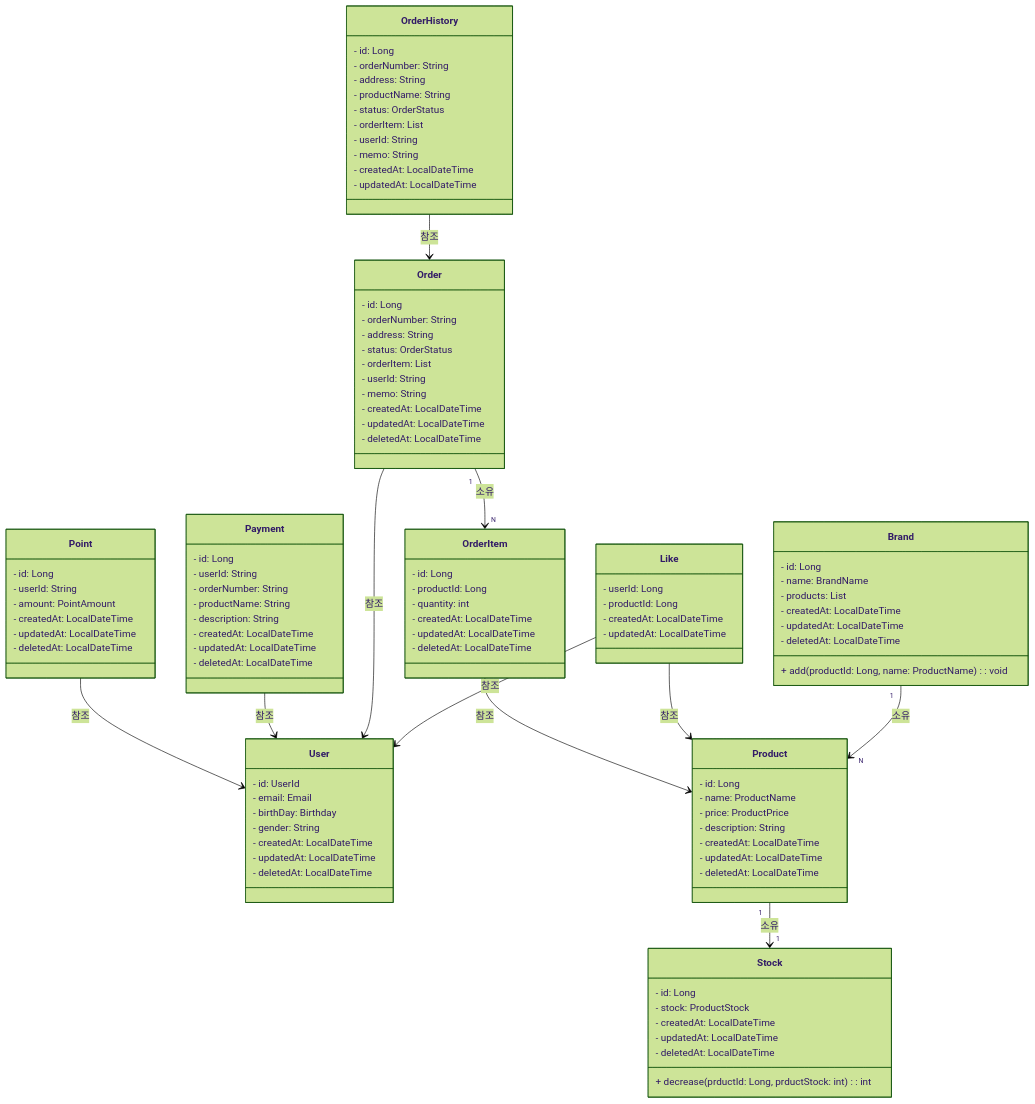
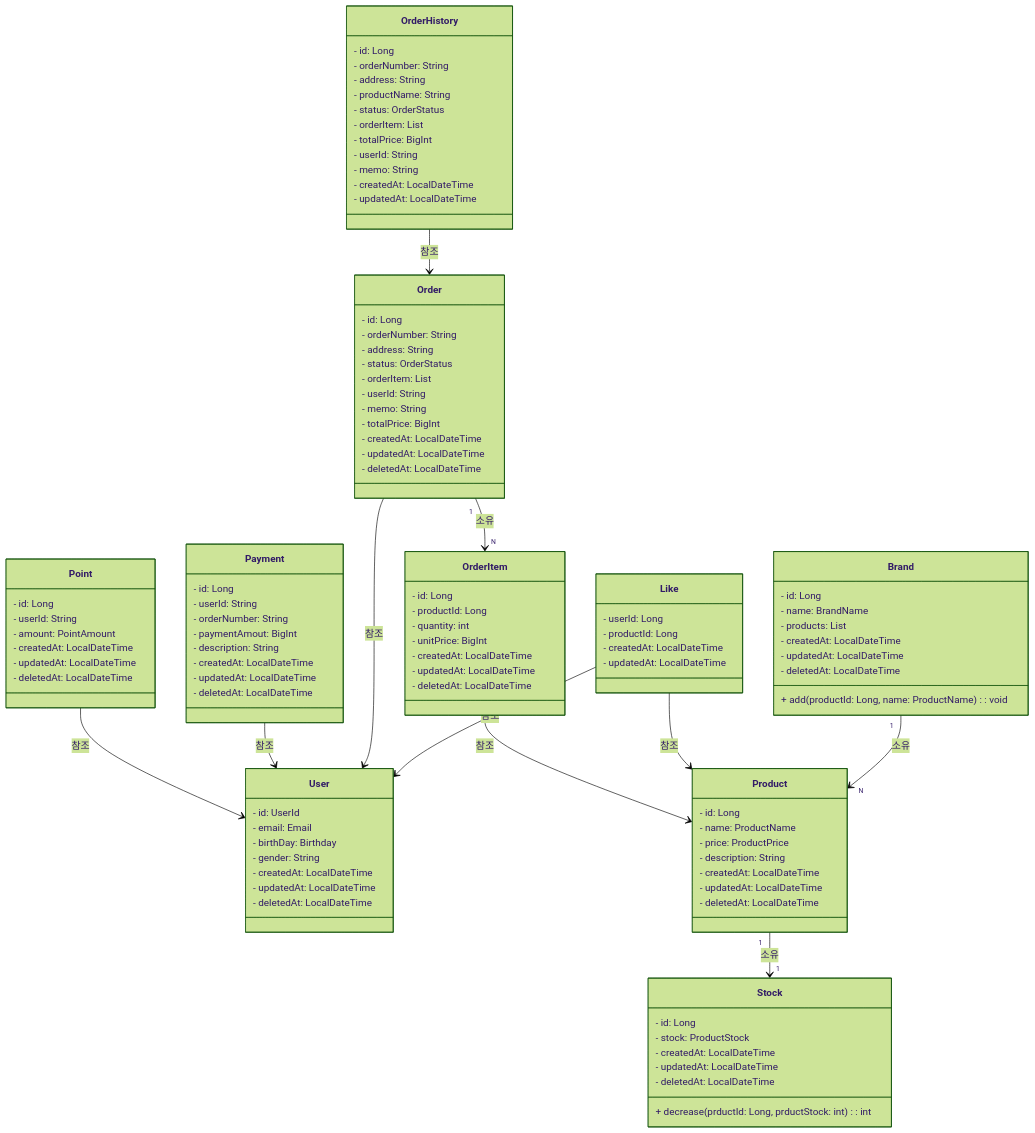
The diagram in apps/commerce-api/docs/desigin/03-class-diagrams.md (Roopers-Team-6/younghun), drawn with Mermaid (forest theme) before and after one commit.

Commit message:
doc: 클래스 다이어그램 작성 - 금액 관련 칼럼 추가

```diff
--- a/apps/commerce-api/docs/desigin/03-class-diagrams.md
+++ b/apps/commerce-api/docs/desigin/03-class-diagrams.md
@@ -61,7 +61,7 @@
   - orderItem: List<OrderItem>
   - userId: String
   - memo: String
-
+  - totalPrice: BigInt
   - createdAt: LocalDateTime
   - updatedAt: LocalDateTime
   - deletedAt: LocalDateTime
@@ -76,6 +76,7 @@
   - productName: String
   - status: OrderStatus
   - orderItem: List<OrderItem>
+  - totalPrice: BigInt
   - userId: String
   - memo: String
   
@@ -87,6 +88,7 @@
   - id: Long
   - productId: Long
   - quantity: int
+  - unitPrice: BigInt
   - createdAt: LocalDateTime
   - updatedAt: LocalDateTime
   - deletedAt: LocalDateTime
@@ -96,7 +98,7 @@
   - id: Long
   - userId: String
   - orderNumber: String
-  - productName: String
+  - paymentAmout: BigInt
   - description: String
   - createdAt: LocalDateTime
   - updatedAt: LocalDateTime
```
